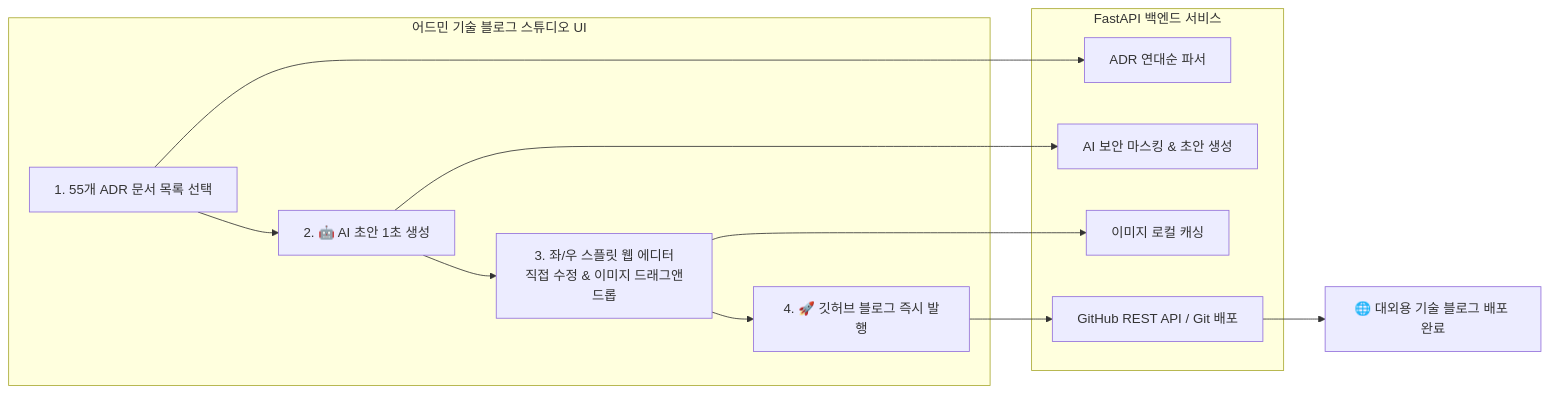
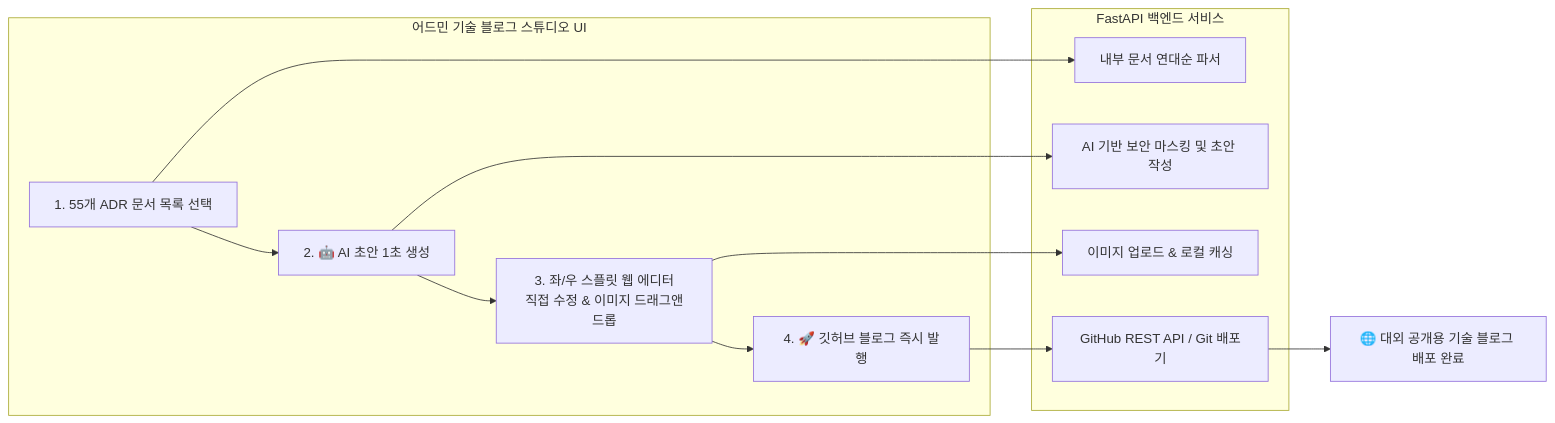
Before and after one commit to daniel-dataflow/daniel-dataflow.github.io: the diagram in content/posts/picksafe/2026-08-29-어드민-웹-기반-기술-블로그-스튜디오-및-깃허브-퍼블리셔-구축.md, drawn with Mermaid. The commit also changed other lines of this file and 61 other files, not shown here.

````diff
--- a/content/posts/picksafe/2026-08-29-어드민-웹-기반-기술-블로그-스튜디오-및-깃허브-퍼블리셔-구축.md
+++ b/content/posts/picksafe/2026-08-29-어드민-웹-기반-기술-블로그-스튜디오-및-깃허브-퍼블리셔-구축.md
@@ -39,21 +38,21 @@
 ```mermaid
 flowchart LR
     subgraph Admin_Frontend [어드민 기술 블로그 스튜디오 UI]
         A1[1. 55개 ADR 문서 목록 선택] --> A2[2. 🤖 AI 초안 1초 생성]
         A2 --> A3[3. 좌/우 스플릿 웹 에디터<br/>직접 수정 & 이미지 드래그앤드롭]
         A3 --> A4[4. 🚀 깃허브 블로그 즉시 발행]
     end
 
     subgraph Backend_Engine [FastAPI 백엔드 서비스]
-        B1[ADR 연대순 파서]
-        B2[AI 보안 마스킹 & 초안 생성]
-        B3[이미지 로컬 캐싱]
-        B4[GitHub REST API / Git 배포]
+        B1[내부 문서 연대순 파서]
+        B2[AI 기반 보안 마스킹 및 초안 작성]
+        B3[이미지 업로드 & 로컬 캐싱]
+        B4[GitHub REST API / Git 배포기]
     end
 
     A1 --> B1
     A2 --> B2
     A3 --> B3
     A4 --> B4
-    B4 --> C[🌐 대외용 기술 블로그 배포 완료]
+    B4 --> C[🌐 대외 공개용 기술 블로그 배포 완료]
 ```
````
